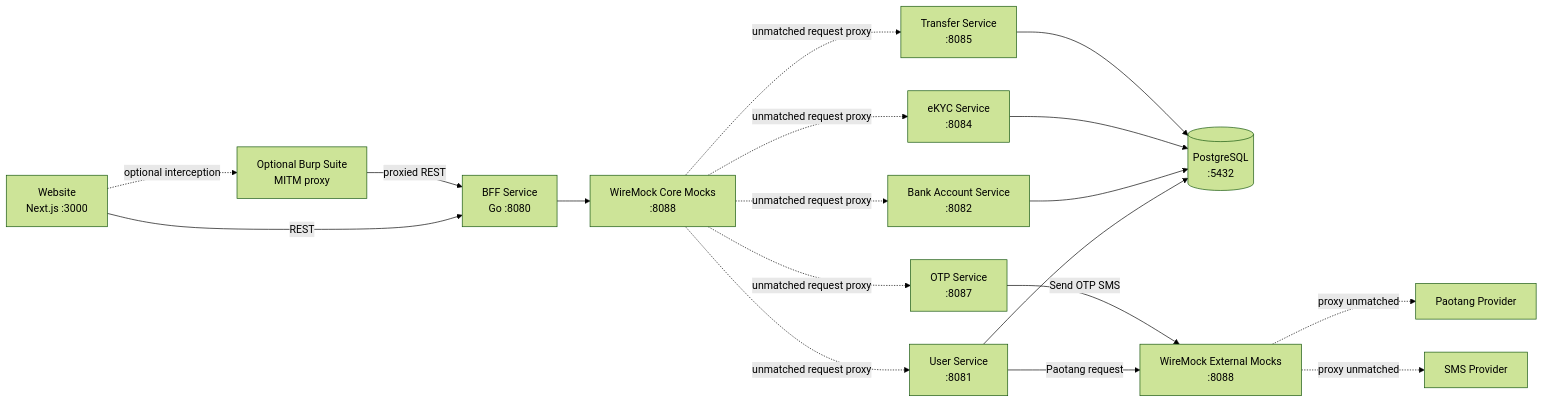
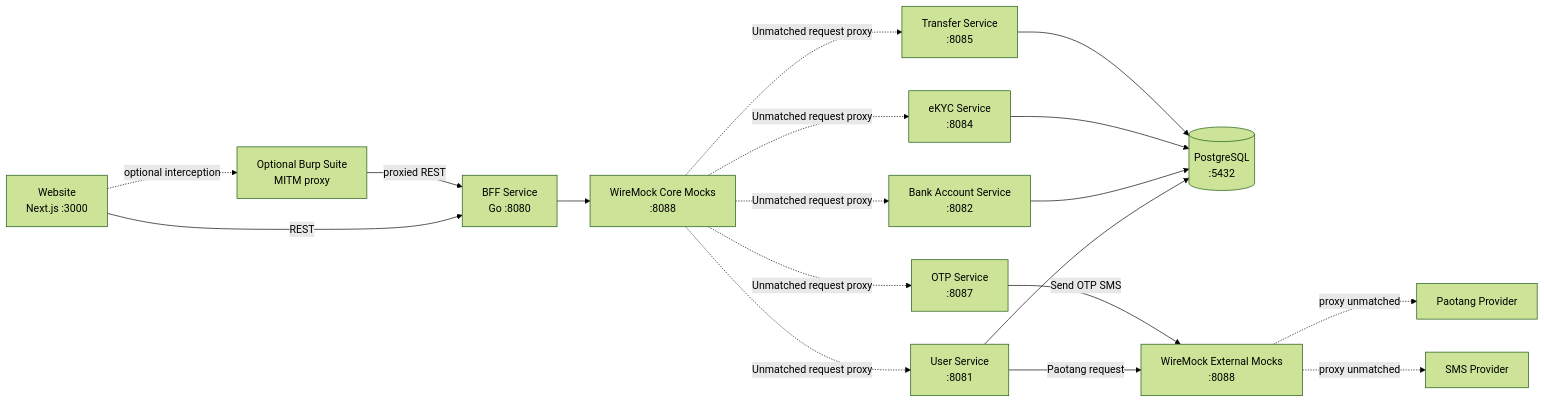
Before and after one commit to SiwakornSitti/ultra-smoooooth-testing: the second of 3 diagrams in SYSTEM-ARCHITECTURE.md, drawn with Mermaid (forest theme). The commit also changed other lines of this file and 5 other files, not shown here.

````diff
--- a/SYSTEM-ARCHITECTURE.md
+++ b/SYSTEM-ARCHITECTURE.md
@@ -57,39 +57,39 @@
 ```mermaid
 flowchart LR
     Browser[Website\nNext.js :3000]
     Burp[Optional Burp Suite\nMITM proxy]
     BFF[BFF Service\nGo :8080]
 
     User[User Service\n:8081]
     Account[Bank Account Service\n:8082]
     EKYC[eKYC Service\n:8084]
     Transfer[Transfer Service\n:8085]
     OTP[OTP Service\n:8087]
 
     DB[(PostgreSQL\n:5432)]
     MockCore[WireMock Core Mocks\n:8088]
     MockExternal[WireMock External Mocks\n:8088]
     PaotangProvider[Paotang Provider]
     SMSProvider[SMS Provider]
 
     Browser -->|REST| BFF
     Burp -->|proxied REST| BFF
     Browser -.->|optional interception| Burp
 
     BFF --> MockCore
 
-    MockCore -.->|unmatched request proxy| User
-    MockCore -.->|unmatched request proxy| Account
-    MockCore -.->|unmatched request proxy| EKYC
-    MockCore -.->|unmatched request proxy| Transfer
-    MockCore -.->|unmatched request proxy| OTP
+    MockCore -.->|Unmatched request proxy| User
+    MockCore -.->|Unmatched request proxy| Account
+    MockCore -.->|Unmatched request proxy| EKYC
+    MockCore -.->|Unmatched request proxy| Transfer
+    MockCore -.->|Unmatched request proxy| OTP
 
     User --> DB
     Account --> DB
     EKYC --> DB
     Transfer --> DB
     User -->|Paotang request| MockExternal
     OTP -->|Send OTP SMS| MockExternal
     MockExternal -.->|proxy unmatched| PaotangProvider
     MockExternal -.->|proxy unmatched| SMSProvider
 ```
````
